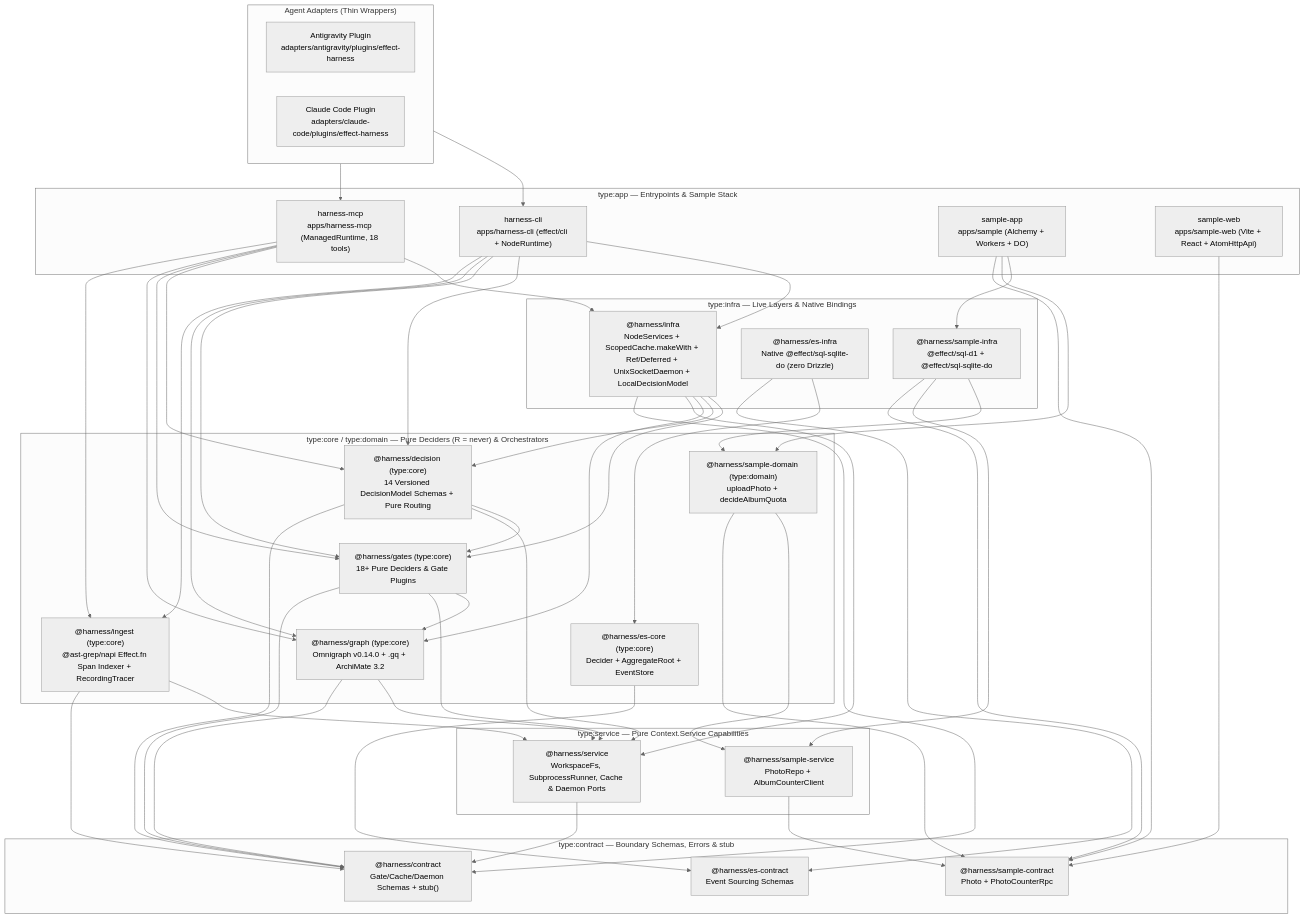
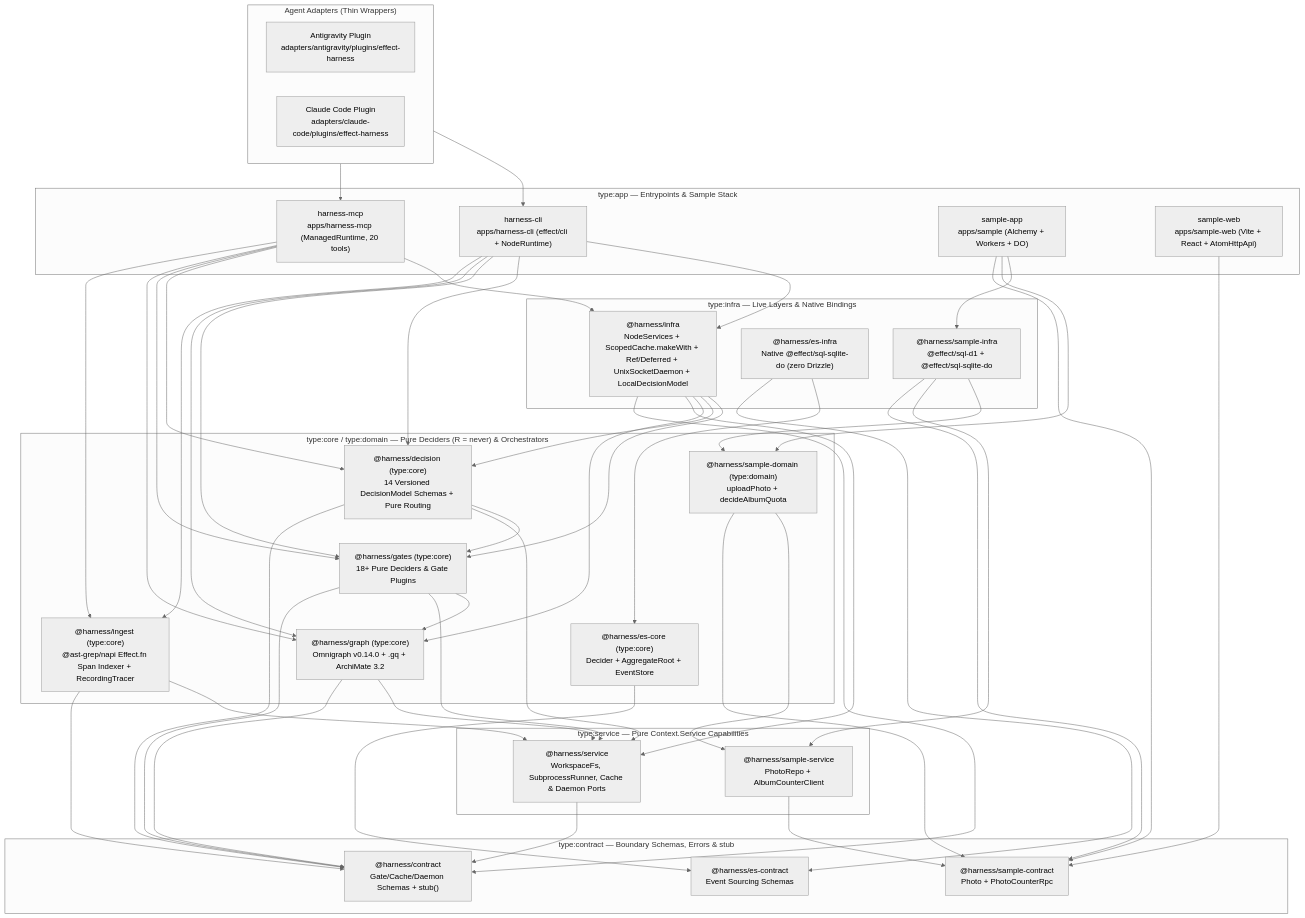
The first of 2 diagrams in README.md (selmeci/effect-ts-harness), drawn with Mermaid (neutral theme) before and after one commit. The commit also changed other lines of this file and 247 other files, not shown here.

````diff
--- a/README.md
+++ b/README.md
@@ -31,58 +31,58 @@
 ```mermaid
 flowchart TD
   subgraph Adapters["Agent Adapters (Thin Wrappers)"]
     AGY["Antigravity Plugin\nadapters/antigravity/plugins/effect-harness"]
     CC["Claude Code Plugin\nadapters/claude-code/plugins/effect-harness"]
   end
 
   subgraph Apps["type:app — Entrypoints & Sample Stack"]
     CLI["harness-cli\napps/harness-cli (effect/cli + NodeRuntime)"]
-    MCP["harness-mcp\napps/harness-mcp (ManagedRuntime, 18 tools)"]
+    MCP["harness-mcp\napps/harness-mcp (ManagedRuntime, 20 tools)"]
     SAMPLE["sample-app\napps/sample (Alchemy + Workers + DO)"]
     SAMPLE_WEB["sample-web\napps/sample-web (Vite + React + AtomHttpApi)"]
   end
 
   subgraph Infra["type:infra — Live Layers & Native Bindings"]
     HARNESS_INFRA["@harness/infra\nNodeServices + ScopedCache.makeWith + Ref/Deferred + UnixSocketDaemon + LocalDecisionModel"]
     ES_INFRA["@harness/es-infra\nNative @effect/sql-sqlite-do (zero Drizzle)"]
     SAMPLE_INFRA["@harness/sample-infra\n@effect/sql-d1 + @effect/sql-sqlite-do"]
   end
 
   subgraph CoreDomain["type:core / type:domain — Pure Deciders (R = never) & Orchestrators"]
     GATES["@harness/gates (type:core)\n18+ Pure Deciders & Gate Plugins"]
     GRAPH["@harness/graph (type:core)\nOmnigraph v0.14.0 + .gq + ArchiMate 3.2"]
     INGEST["@harness/ingest (type:core)\n@ast-grep/napi Effect.fn Span Indexer + RecordingTracer"]
     DECISION["@harness/decision (type:core)\n14 Versioned DecisionModel Schemas + Pure Routing"]
     ES_CORE["@harness/es-core (type:core)\nDecider + AggregateRoot + EventStore"]
     SAMPLE_DOM["@harness/sample-domain (type:domain)\nuploadPhoto + decideAlbumQuota"]
   end
 
   subgraph Services["type:service — Pure Context.Service Capabilities"]
     HARNESS_SVC["@harness/service\nWorkspaceFs, SubprocessRunner, Cache & Daemon Ports"]
     SAMPLE_SVC["@harness/sample-service\nPhotoRepo + AlbumCounterClient"]
   end
 
   subgraph Contracts["type:contract — Boundary Schemas, Errors & stub"]
     HARNESS_CON["@harness/contract\nGate/Cache/Daemon Schemas + stub<A,E,R>()"]
     ES_CON["@harness/es-contract\nEvent Sourcing Schemas"]
     SAMPLE_CON["@harness/sample-contract\nPhoto + PhotoCounterRpc"]
   end
 
   Adapters --> CLI
   Adapters --> MCP
   CLI --> HARNESS_INFRA & DECISION & GATES & GRAPH & INGEST
   MCP --> HARNESS_INFRA & DECISION & GATES & GRAPH & INGEST
   HARNESS_INFRA --> GATES & DECISION & GRAPH & HARNESS_SVC & HARNESS_CON
   DECISION --> GATES & HARNESS_SVC & HARNESS_CON
   GATES --> GRAPH & HARNESS_SVC & HARNESS_CON
   GRAPH --> HARNESS_SVC & HARNESS_CON
   INGEST --> HARNESS_SVC & HARNESS_CON
   HARNESS_SVC --> HARNESS_CON
   SAMPLE --> SAMPLE_INFRA & SAMPLE_DOM & SAMPLE_CON
   SAMPLE_WEB --> SAMPLE_CON
   SAMPLE_INFRA --> SAMPLE_DOM & SAMPLE_SVC & SAMPLE_CON
   SAMPLE_DOM --> SAMPLE_SVC & SAMPLE_CON
   SAMPLE_SVC --> SAMPLE_CON
   ES_INFRA --> ES_CORE & ES_CON
   ES_CORE --> ES_CON
 ```
````
